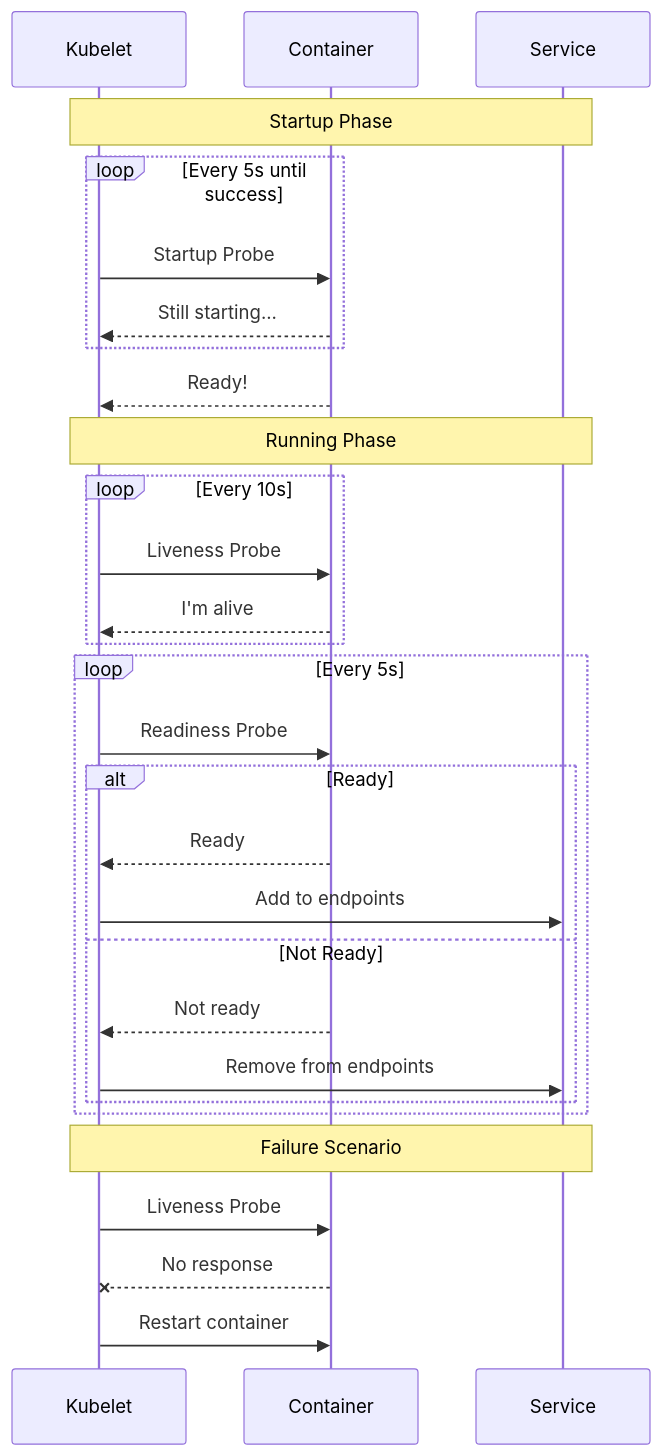
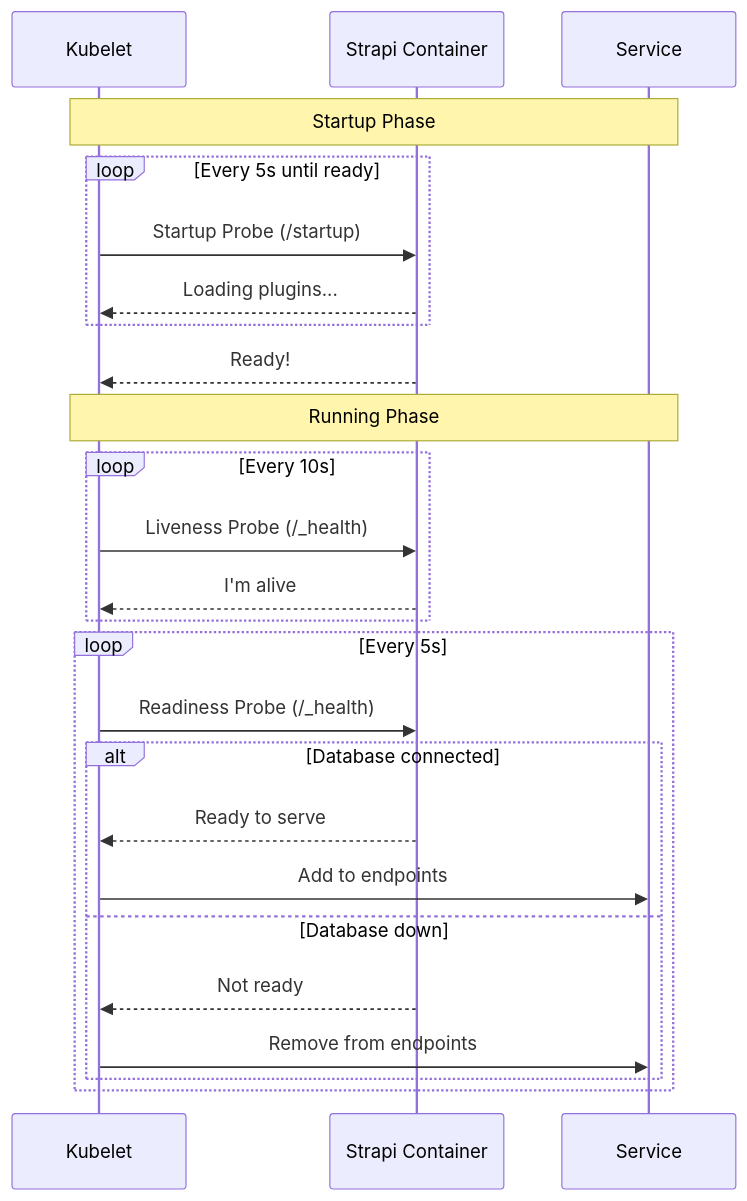
Before and after one commit to PearlThoughtsInternship/Internship-Obsidian-Vault: diagram 11 of 11 in DevOps/02-Engineering/04-Container-Orchestration.md, drawn with Mermaid. The commit also changed other lines of this file and 1 other file, not shown here.

First line of the commit message:
docs: Container orchestration & GitOps with ContentAI product context

````diff
--- a/DevOps/02-Engineering/04-Container-Orchestration.md
+++ b/DevOps/02-Engineering/04-Container-Orchestration.md
@@ -582,35 +721,30 @@
 ```mermaid
 sequenceDiagram
     participant K as Kubelet
-    participant C as Container
-    participant S as Service
+    participant S as Strapi Container
+    participant SVC as Service
 
-    Note over K,S: Startup Phase
-    loop Every 5s until success
-        K->>C: Startup Probe
-        C-->>K: Still starting...
+    Note over K,SVC: Startup Phase
+    loop Every 5s until ready
+        K->>S: Startup Probe (/startup)
+        S-->>K: Loading plugins...
     end
-    C-->>K: Ready!
+    S-->>K: Ready!
 
-    Note over K,S: Running Phase
+    Note over K,SVC: Running Phase
     loop Every 10s
-        K->>C: Liveness Probe
-        C-->>K: I'm alive
+        K->>S: Liveness Probe (/_health)
+        S-->>K: I'm alive
     end
 
     loop Every 5s
-        K->>C: Readiness Probe
-        alt Ready
-            C-->>K: Ready
-            K->>S: Add to endpoints
-        else Not Ready
-            C-->>K: Not ready
-            K->>S: Remove from endpoints
+        K->>S: Readiness Probe (/_health)
+        alt Database connected
+            S-->>K: Ready to serve
+            K->>SVC: Add to endpoints
+        else Database down
+            S-->>K: Not ready
+            K->>SVC: Remove from endpoints
         end
     end
-
-    Note over K,S: Failure Scenario
-    K->>C: Liveness Probe
-    C--xK: No response
-    K->>C: Restart container
 ```
````
